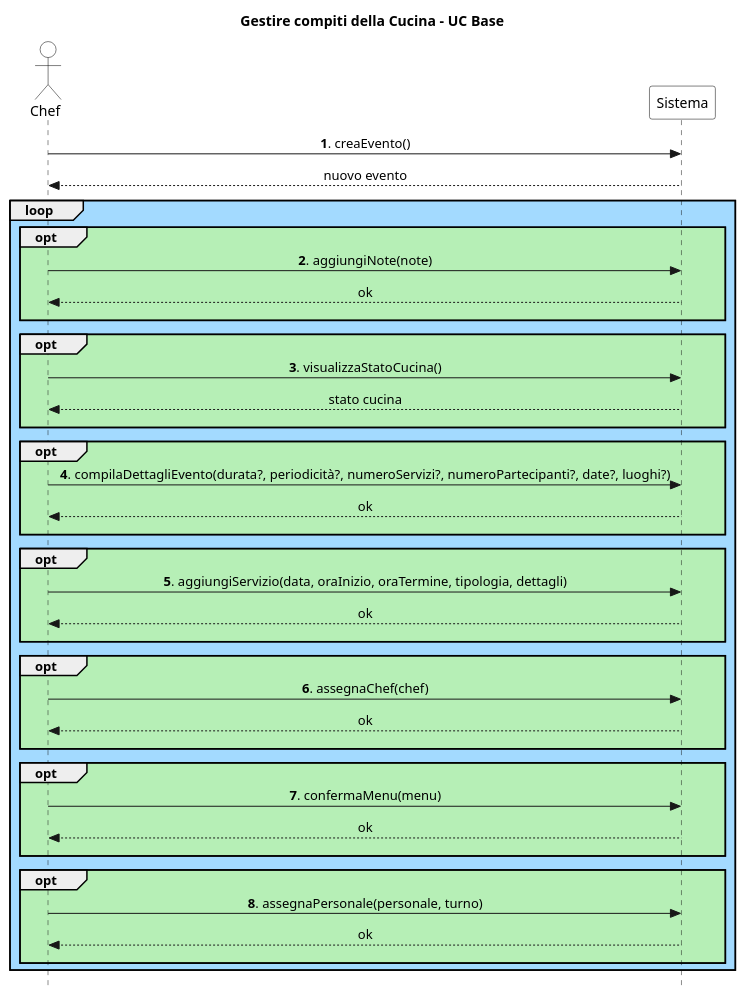
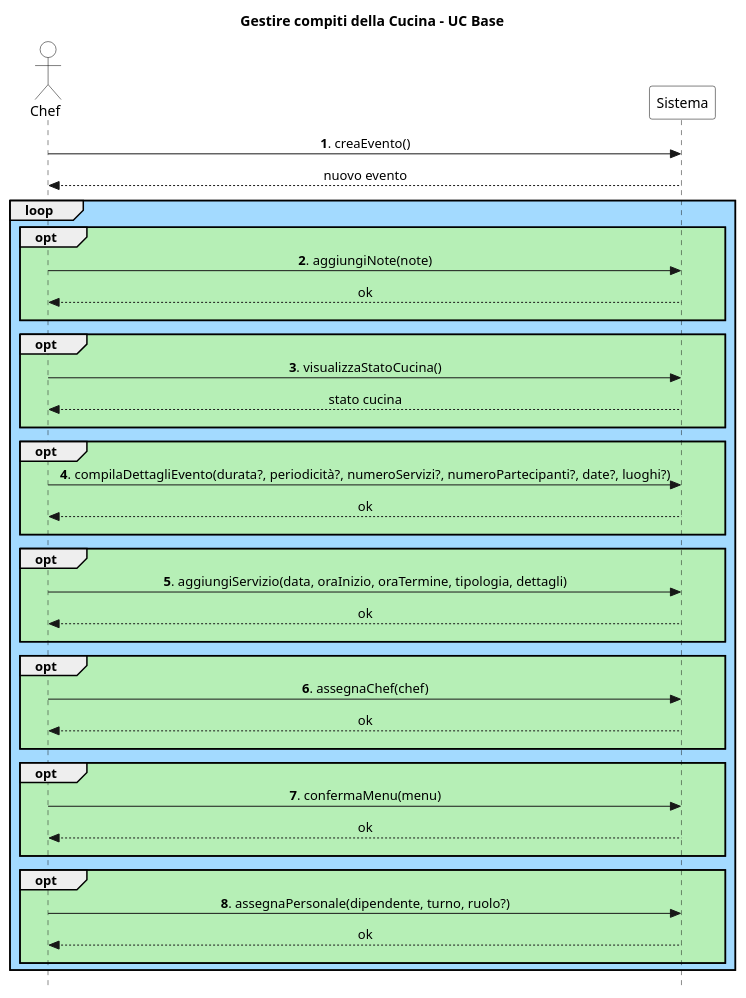
Before and after one commit to stefa168/sas-project: the diagram in UC Gestire Eventi/SSD/Base.puml, drawn with PlantUML. The commit also changed 3 other files, not shown here.

```diff
--- a/UC Gestire Eventi/SSD/Base.puml
+++ b/UC Gestire Eventi/SSD/Base.puml
@@ -1,63 +1,63 @@
 @startuml
 skinparam Style strictuml
 skinparam SequenceMessageAlign center
 
 skinparam sequence {
     ActorBorderColor Black
     ActorBackgroundColor White
     ParticipantBorderColor Black
     ParticipantBackgroundColor White
 }
 
 actor Chef
 participant Sistema
 
 title Gestire compiti della Cucina - UC Base
 
 Chef -> Sistema: **1**. creaEvento()
 return nuovo evento
 
 loop #a3daff
     opt #b6efb6
         Chef -> Sistema: **2**. aggiungiNote(note)
         return ok
         ||10||
     end
 
     opt #b6efb6
         Chef -> Sistema: **3**. visualizzaStatoCucina()
         return stato cucina
         ||10||
     end
 
     opt #b6efb6
         Chef -> Sistema: **4**. compilaDettagliEvento(durata?, periodicità?, numeroServizi?, numeroPartecipanti?, date?, luoghi?)
         return ok
         ||10||
     end
 
     opt #b6efb6
         Chef -> Sistema: **5**. aggiungiServizio(data, oraInizio, oraTermine, tipologia, dettagli)
         return ok
         ||10||
     end
 
     opt #b6efb6
         Chef -> Sistema: **6**. assegnaChef(chef)
         return ok
         ||10||
     end
 
     opt #b6efb6
         Chef -> Sistema: **7**. confermaMenu(menu)
         return ok
         ||10||
     end
 
     opt #b6efb6
-        Chef -> Sistema: **8**. assegnaPersonale(personale, turno)
+        Chef -> Sistema: **8**. assegnaPersonale(dipendente, turno, ruolo?)
         return ok
         ||10||
     end
 end
 @enduml
```
